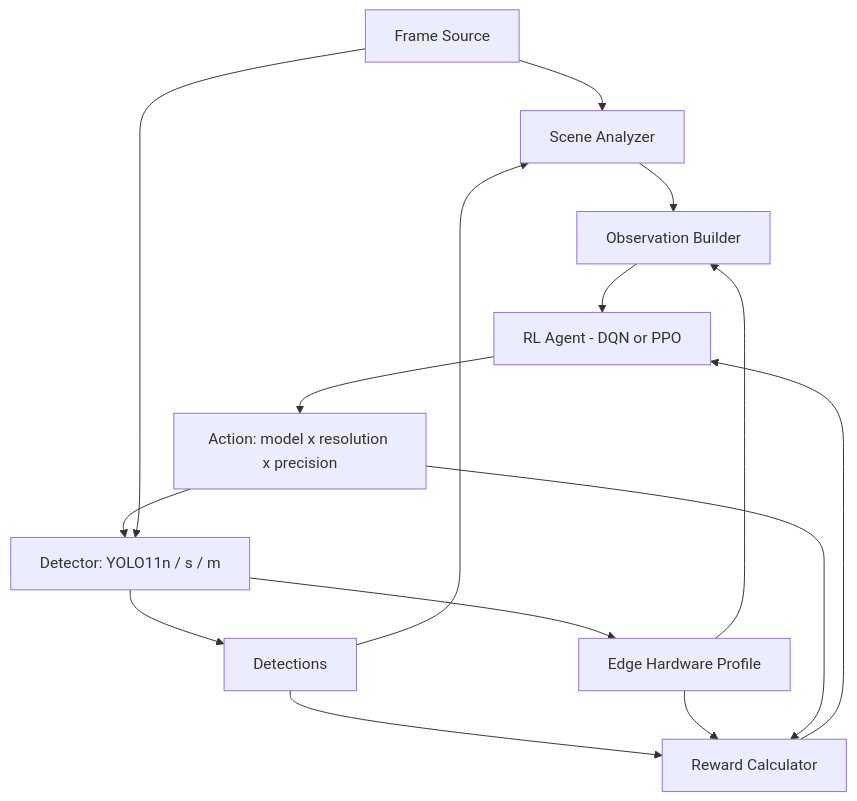
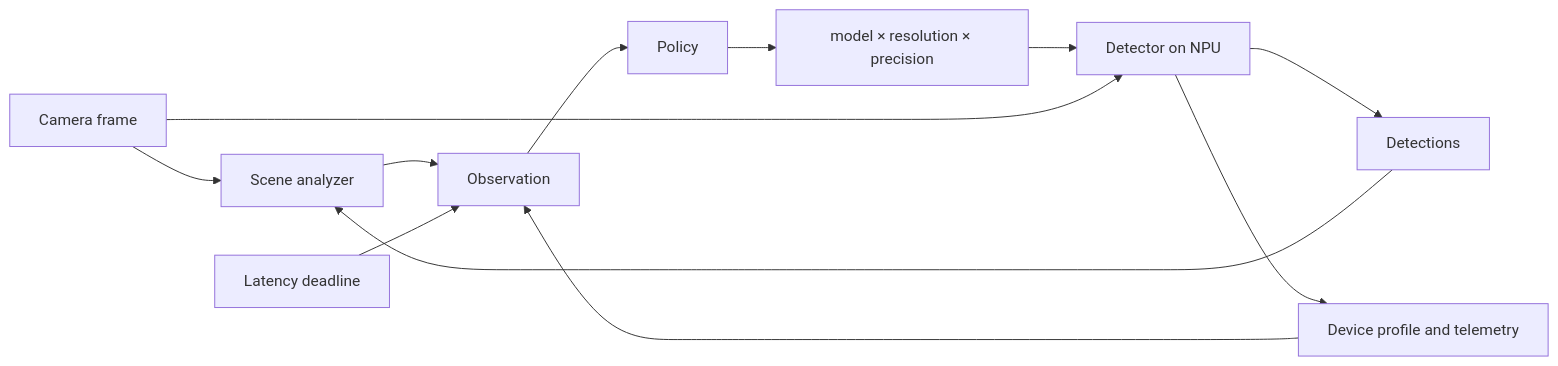
One commit to InvictusRex/Inferia-Vision-Runtime changed the diagram in README.md. Above: the diagram before and after it, drawn with Mermaid. The commit also changed other lines of this file and 2 other files, not shown here.

````diff
--- a/README.md
+++ b/README.md
@@ -17,17 +43,14 @@
 ```mermaid
-flowchart TD
-    A[Frame Source] --> B[Scene Analyzer]
-    B --> C[Observation Builder]
-    H[Edge Hardware Profile] --> C
-    C --> D[RL Agent - DQN or PPO]
-    D --> E[Action: model x resolution x precision]
-    E --> F[Detector: YOLO11n / s / m]
-    A --> F
-    F --> G[Detections]
-    G --> I[Reward Calculator]
-    H --> I
-    E --> I
-    I --> D
-    G --> B
-    F --> H
+flowchart LR
+    CAM[Camera frame] --> SA[Scene analyzer]
+    SA --> OBS[Observation]
+    HW[Device profile and telemetry] --> OBS
+    DL[Latency deadline] --> OBS
+    OBS --> POL[Policy]
+    POL --> CFG[model × resolution × precision]
+    CFG --> NPU[Detector on NPU]
+    CAM --> NPU
+    NPU --> OUT[Detections]
+    OUT --> SA
+    NPU --> HW
 ```
````
